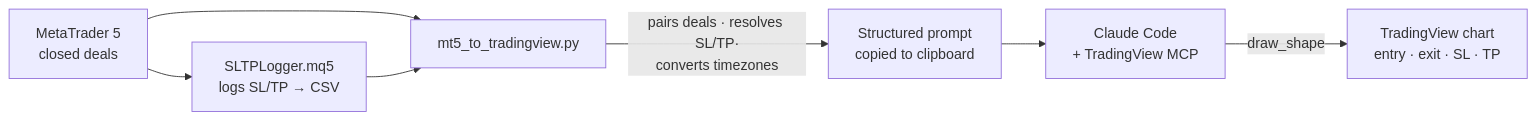
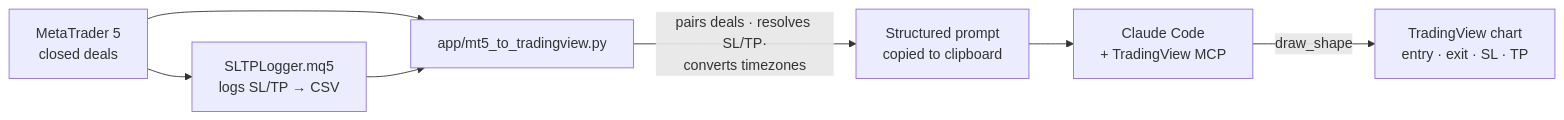
One commit to msckell/MT5-to-TradingView changed the diagram in README.md. Above: the diagram before and after it, drawn with Mermaid. The commit also changed other lines of this file and 9 other files, not shown here.

````diff
--- a/README.md
+++ b/README.md
@@ -21,9 +21,9 @@
 ```mermaid
 flowchart LR
     A[MetaTrader 5<br/>closed deals] --> B[SLTPLogger.mq5<br/>logs SL/TP → CSV]
-    A --> C[mt5_to_tradingview.py]
+    A --> C[app/mt5_to_tradingview.py]
     B --> C
     C -->|pairs deals · resolves SL/TP·<br/>converts timezones| D[Structured prompt<br/>copied to clipboard]
     D --> E[Claude Code<br/>+ TradingView MCP]
     E -->|draw_shape| F[TradingView chart<br/>entry · exit · SL · TP]
 ```
````
